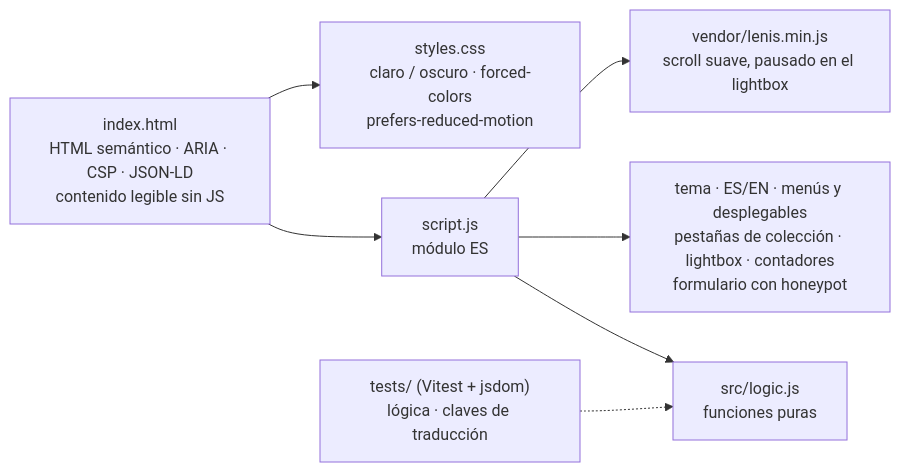
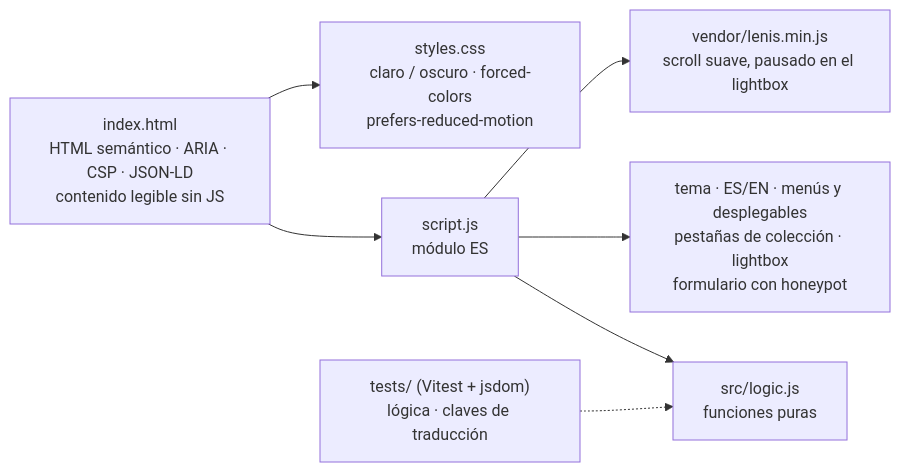
One commit to abarriuso/palafoxiana-redesign changed the first of 2 diagrams in README.es.md. Above: the diagram before and after it, drawn with Mermaid. The commit also changed other lines of this file and 6 other files, not shown here.

````diff
--- a/README.es.md
+++ b/README.es.md
@@ -107,9 +106,9 @@
 ```mermaid
 flowchart LR
   HTML["index.html<br/>HTML semántico · ARIA · CSP · JSON-LD<br/>contenido legible sin JS"] --> JS["script.js<br/>módulo ES"]
   HTML --> CSS["styles.css<br/>claro / oscuro · forced-colors<br/>prefers-reduced-motion"]
   JS --> LOGIC["src/logic.js<br/>funciones puras"]
-  JS --> UI["tema · ES/EN · menús y desplegables<br/>pestañas de colección · lightbox · contadores<br/>formulario con honeypot"]
+  JS --> UI["tema · ES/EN · menús y desplegables<br/>pestañas de colección · lightbox<br/>formulario con honeypot"]
   JS --> LENIS["vendor/lenis.min.js<br/>scroll suave, pausado en el lightbox"]
   TESTS["tests/ (Vitest + jsdom)<br/>lógica · claves de traducción"] -.-> LOGIC
 ```
````
